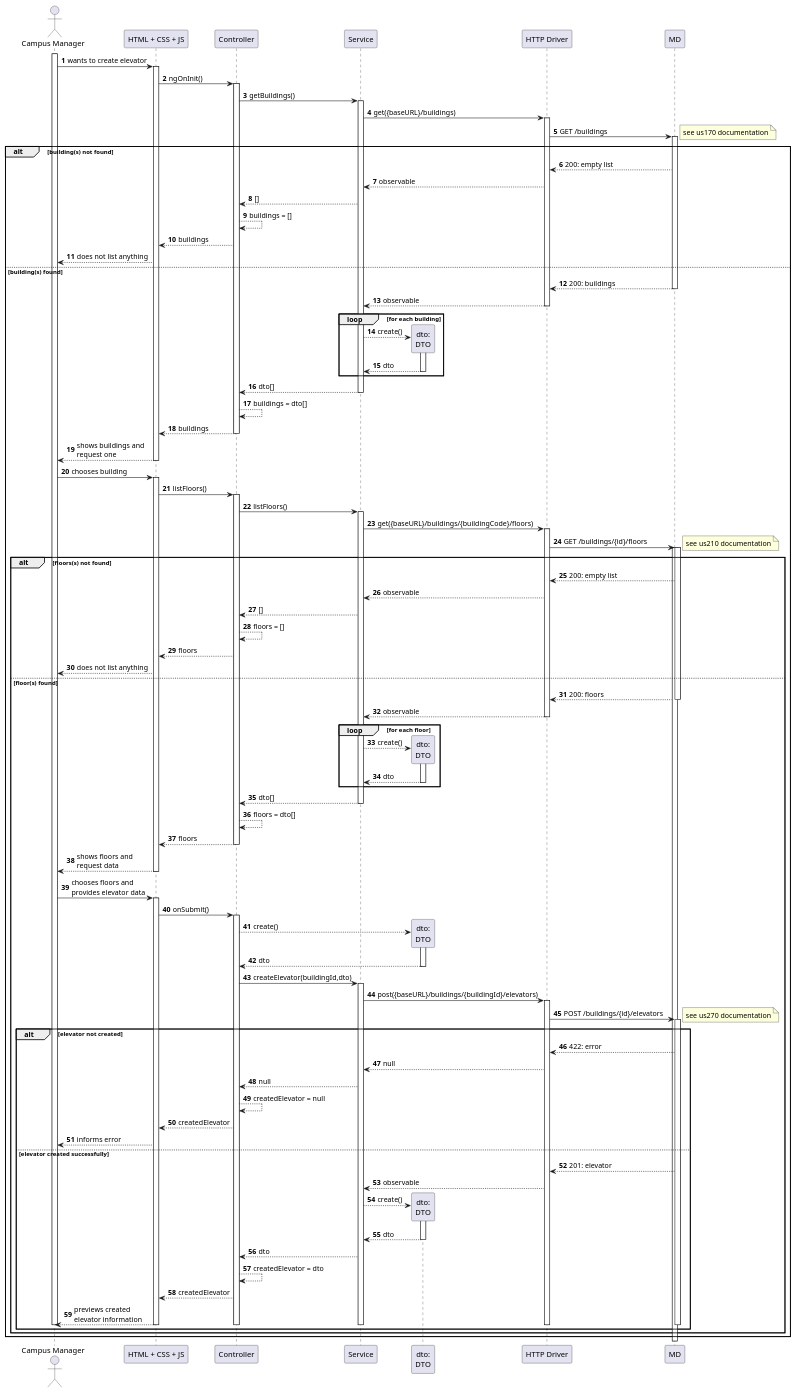
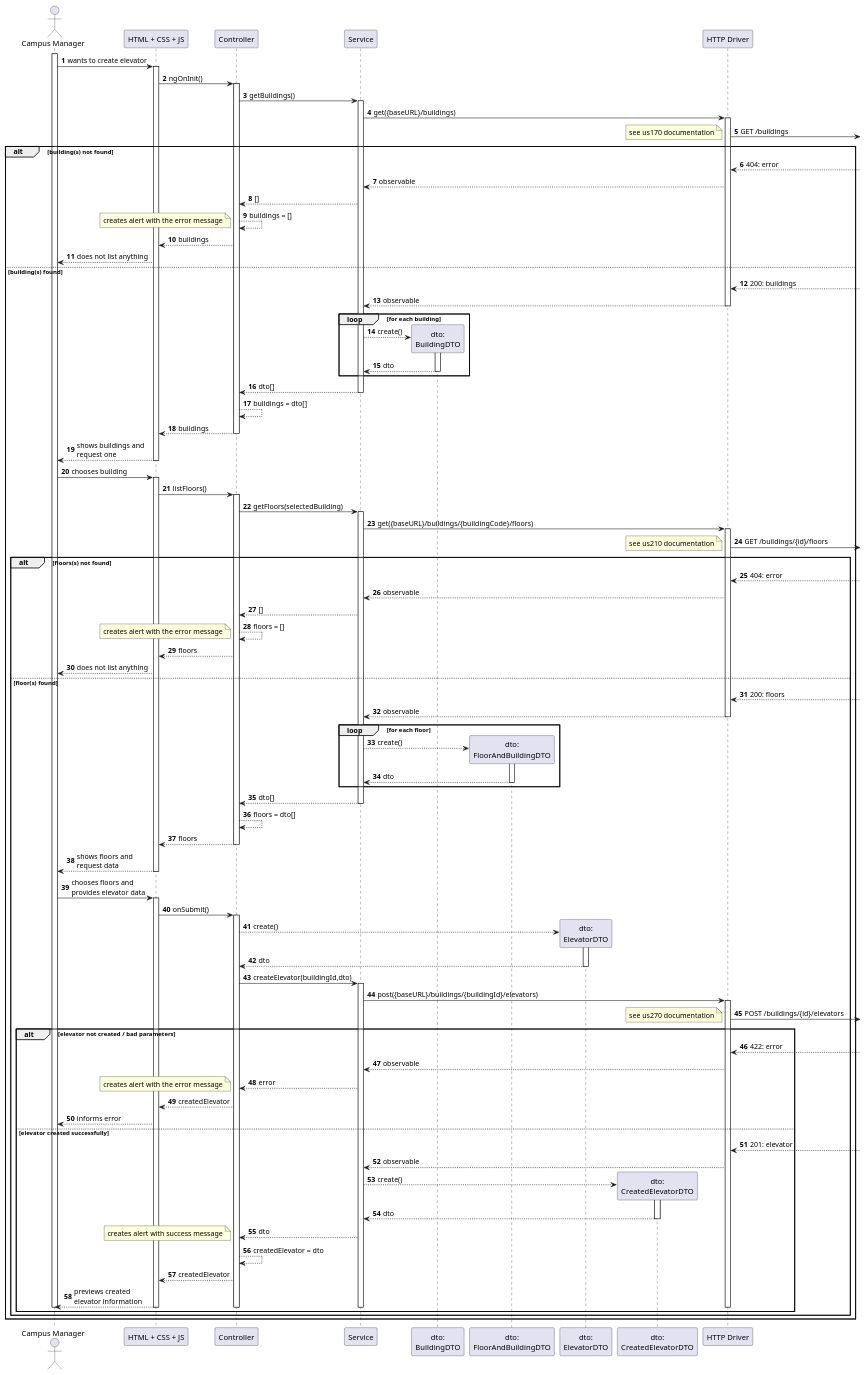
One commit to Departamento-de-Engenharia-Informatica/lapr5-23-24-g19 changed the diagram in docs/us1130/level3/process-view.puml. Above: the diagram before and after it, drawn with PlantUML. The commit also changed 8 other files, not shown here.

```diff
--- a/docs/us1130/level3/process-view.puml
+++ b/docs/us1130/level3/process-view.puml
@@ -1,149 +1,157 @@
 @startuml
 autonumber
 
 actor "Campus Manager" as usr
 
 participant "HTML + CSS + JS" as view
 participant "Controller" as ctrl
 participant "Service" as svc
-participant "dto:\nDTO" as dto
+participant "dto:\nBuildingDTO" as dto
+participant "dto:\nFloorAndBuildingDTO" as dtofb
+participant "dto:\nElevatorDTO" as dtoee
+participant "dto:\nCreatedElevatorDTO" as dtoe
+
+
 
 participant "HTTP Driver" as http
 
-participant "MD" as md
 
 activate usr
 usr -> view : wants to create elevator
     activate view
         view -> ctrl : ngOnInit()
         activate ctrl
             ctrl -> svc : getBuildings()
             activate svc
                 svc -> http : get({baseURL}/buildings)
                 activate http
-                    http -> md : GET /buildings
+                    http ->] : GET /buildings
         alt building(s) not found
-            activate md
+
                 note right : see us170 documentation
-                md --> http : 200: empty list
+                 http <--]    : 404: error
                 http --> svc : observable
                 svc --> ctrl : []
                 ctrl --> ctrl : buildings = []
+                note bottom : creates alert with the error message
                 ctrl --> view : buildings
                 view --> usr : does not list anything
         else building(s) found
-                md --> http : 200: buildings
-            deactivate md
+                http <--]  : 200: buildings
+
             http --> svc : observable
             deactivate http
 
             loop for each building
                 svc --> dto** : create()
                 activate dto
                     dto --> svc : dto
                 deactivate dto
             end
 
             svc --> ctrl : dto[]
             deactivate svc
 
             ctrl --> ctrl : buildings = dto[]
             ctrl --> view : buildings
             deactivate ctrl
 
             view --> usr : shows buildings and \nrequest one
         deactivate view
 
         usr -> view : chooses building
         activate view
             view -> ctrl : listFloors()
             activate ctrl
-                ctrl -> svc : listFloors()
+                ctrl -> svc : getFloors(selectedBuilding)
                 activate svc
                     svc -> http : get({baseURL}/buildings/{buildingCode}/floors)
                     activate http
-                        http -> md : GET /buildings/{id}/floors
-            activate md
+                        http ->] : GET /buildings/{id}/floors
+
              alt floors(s) not found
-                activate md
+
                     note right : see us210 documentation
-                    md --> http : 200: empty list
+                    http <--]  : 404: error
                     http --> svc : observable
                     svc --> ctrl : []
                     ctrl --> ctrl : floors = []
+                    note bottom : creates alert with the error message
                     ctrl --> view : floors
                     view --> usr : does not list anything
              else floor(s) found
-                md --> http : 200: floors
-                deactivate md
+                http <--]  : 200: floors
+
                     http --> svc : observable
                     deactivate http
 
                     loop for each floor
-                        svc --> dto** : create()
-                        activate dto
-                            dto --> svc : dto
-                        deactivate dto
+                        svc --> dtofb** : create()
+                        activate dtofb
+                            dtofb --> svc : dto
+                        deactivate dtofb
                     end
 
                     svc --> ctrl : dto[]
                 deactivate svc
 
                 ctrl --> ctrl : floors = dto[]
                 ctrl --> view : floors
             deactivate ctrl
             view --> usr : shows floors and \nrequest data
         deactivate view
 
         usr -> view : chooses floors and\nprovides elevator data
         activate view
             view -> ctrl : onSubmit()
             activate ctrl
-                ctrl --> dto** : create()
-                activate dto
-                    dto --> ctrl : dto
-                deactivate dto
+                ctrl --> dtoee** : create()
+                activate dtoee
+                    dtoee --> ctrl : dto
+                deactivate dtoee
 
                 ctrl -> svc : createElevator(buildingId,dto)
                 activate svc
 
                     svc -> http : post({baseURL}/buildings/{buildingId}/elevators)
                     activate http
-                        http -> md : POST /buildings/{id}/elevators
-            activate md
+                        http ->] : POST /buildings/{id}/elevators
+
                 note right : see us270 documentation
-                alt elevator not created
-                    md --> http : 422: error
-                    http --> svc : null
-                    svc --> ctrl : null
-                    ctrl --> ctrl : createdElevator = null
+                alt elevator not created / bad parameters
+                    http <--]  : 422: error
+                    http --> svc : observable
+                    svc --> ctrl : error
+
+                note bottom : creates alert with the error message
                     ctrl --> view : createdElevator
                     view --> usr : informs error
 
                 else elevator created successfully
 
-                    md --> http : 201: elevator
+                    http <--]  : 201: elevator
                     http --> svc : observable
 
-                    svc --> dto** : create()
-                    activate dto
-                        dto --> svc : dto
-                    deactivate dto
+                    svc --> dtoe** : create()
+                    activate dtoe
+                        dtoe --> svc : dto
+                    deactivate dtoe
 
                     svc --> ctrl : dto
 
+                    note bottom : creates alert with success message
                     ctrl --> ctrl : createdElevator = dto
                     ctrl --> view : createdElevator
                     view --> usr : previews created \nelevator information
 
-                    deactivate md
+
                     deactivate http
                     deactivate svc
                     deactivate ctrl
                     deactivate view
 
                     deactivate usr
                 end
             end
             end
 @enduml
```
